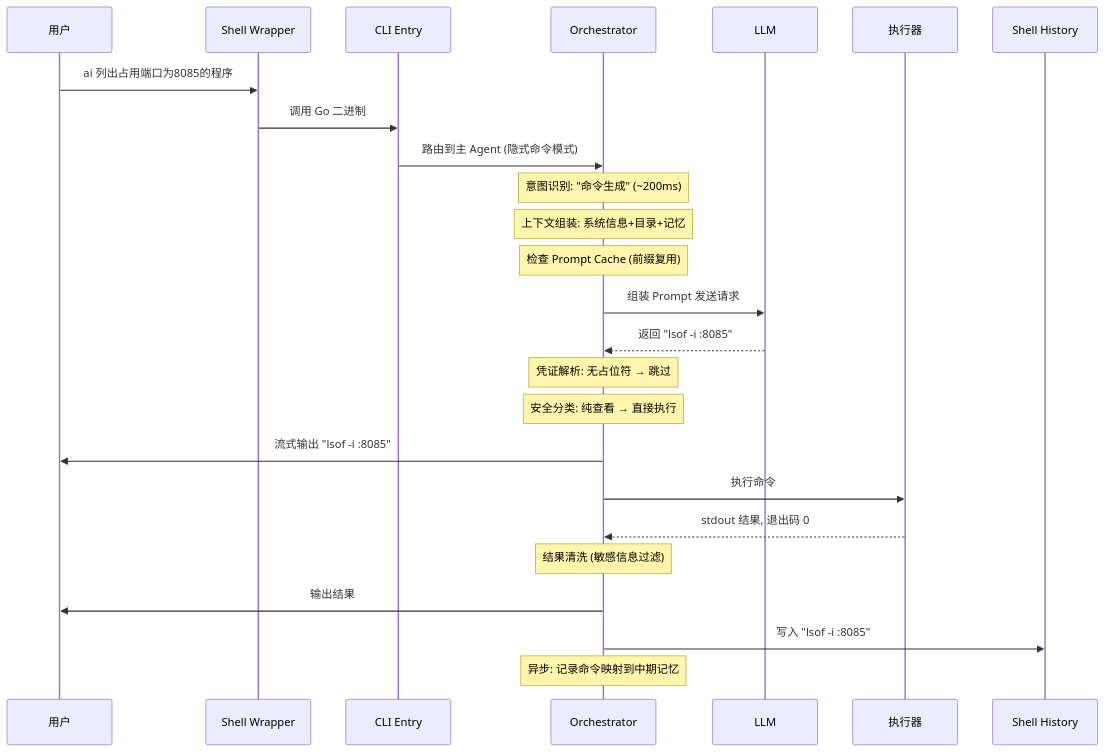
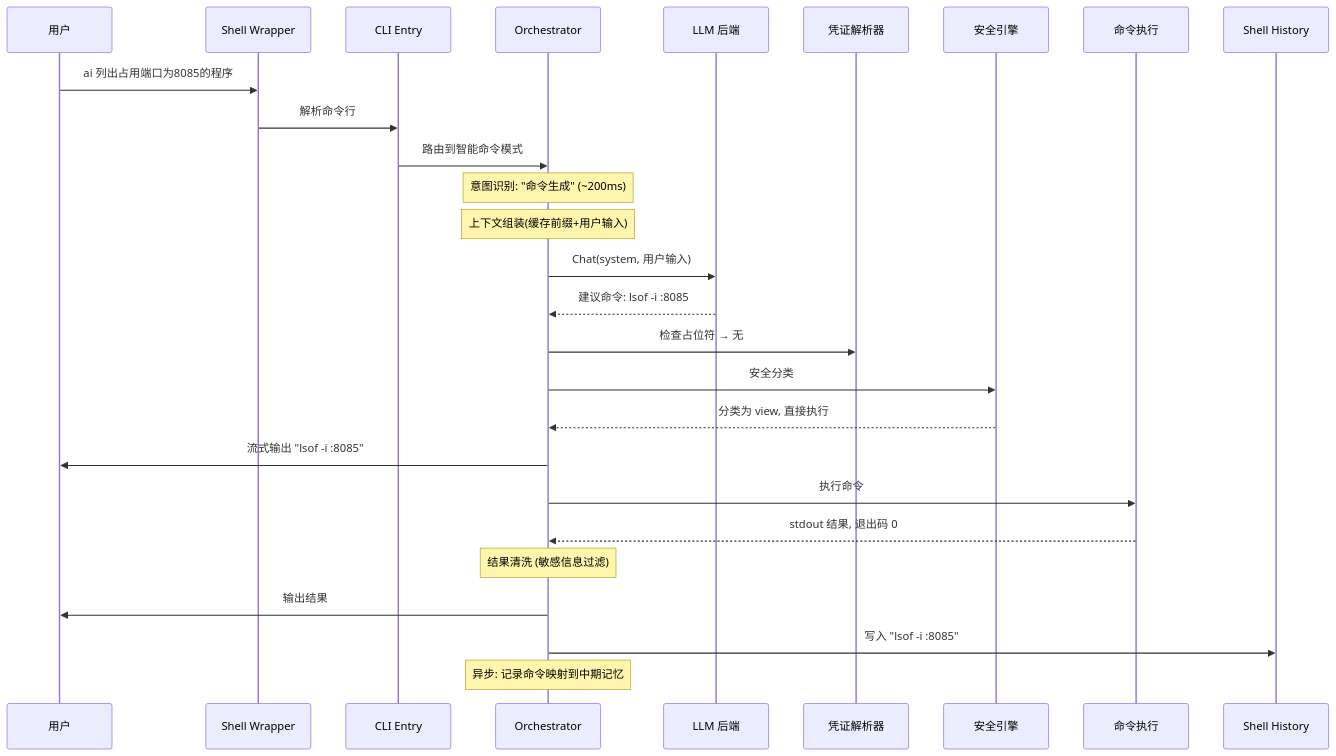
The second of 9 diagrams in docs/plan.md (LingNc/aicli), drawn with Mermaid before and after one commit. The commit also changed other lines of this file, not shown here.

````diff
--- a/docs/plan.md
+++ b/docs/plan.md
@@ -151,33 +217,35 @@
 ```mermaid
 sequenceDiagram
-    participant U as 用户
+    participant User as 用户
     participant SW as Shell Wrapper
     participant CLI as CLI Entry
-    participant O as Orchestrator
-    participant LLM as LLM
-    participant E as 执行器
+    participant Orch as Orchestrator
+    participant LLM as LLM 后端
+    participant CR as 凭证解析器
+    participant SE as 安全引擎
+    participant Exec as 命令执行
     participant SH as Shell History
 
-    U->>SW: ai 列出占用端口为8085的程序
-    SW->>CLI: 调用 Go 二进制
-    CLI->>O: 路由到主 Agent (隐式命令模式)
+    User->>SW: ai 列出占用端口为8085的程序
+    SW->>CLI: 解析命令行
+    CLI->>Orch: 路由到智能命令模式
 
-    Note over O: 意图识别: "命令生成" (~200ms)
-    Note over O: 上下文组装: 系统信息+目录+记忆
-    Note over O: 检查 Prompt Cache (前缀复用)
+    Note over Orch: 意图识别: "命令生成" (~200ms)
+    Note over Orch: 上下文组装(缓存前缀+用户输入)
 
-    O->>LLM: 组装 Prompt 发送请求
-    LLM-->>O: 返回 "lsof -i :8085"
+    Orch->>LLM: Chat(system, 用户输入)
+    LLM-->>Orch: 建议命令: lsof -i :8085
 
-    Note over O: 凭证解析: 无占位符 → 跳过
-    Note over O: 安全分类: 纯查看 → 直接执行
+    Orch->>CR: 检查占位符 → 无
+    Orch->>SE: 安全分类
+    SE-->>Orch: 分类为 view, 直接执行
 
-    O->>U: 流式输出 "lsof -i :8085"
-    O->>E: 执行命令
-    E-->>O: stdout 结果, 退出码 0
+    Orch->>User: 流式输出 "lsof -i :8085"
+    Orch->>Exec: 执行命令
+    Exec-->>Orch: stdout 结果, 退出码 0
 
-    Note over O: 结果清洗 (敏感信息过滤)
-    O->>U: 输出结果
-    O->>SH: 写入 "lsof -i :8085"
-    Note over O: 异步: 记录命令映射到中期记忆
+    Note over Orch: 结果清洗 (敏感信息过滤)
+    Orch->>User: 输出结果
+    Orch->>SH: 写入 "lsof -i :8085"
+    Note over Orch: 异步: 记录命令映射到中期记忆
 ```
````
